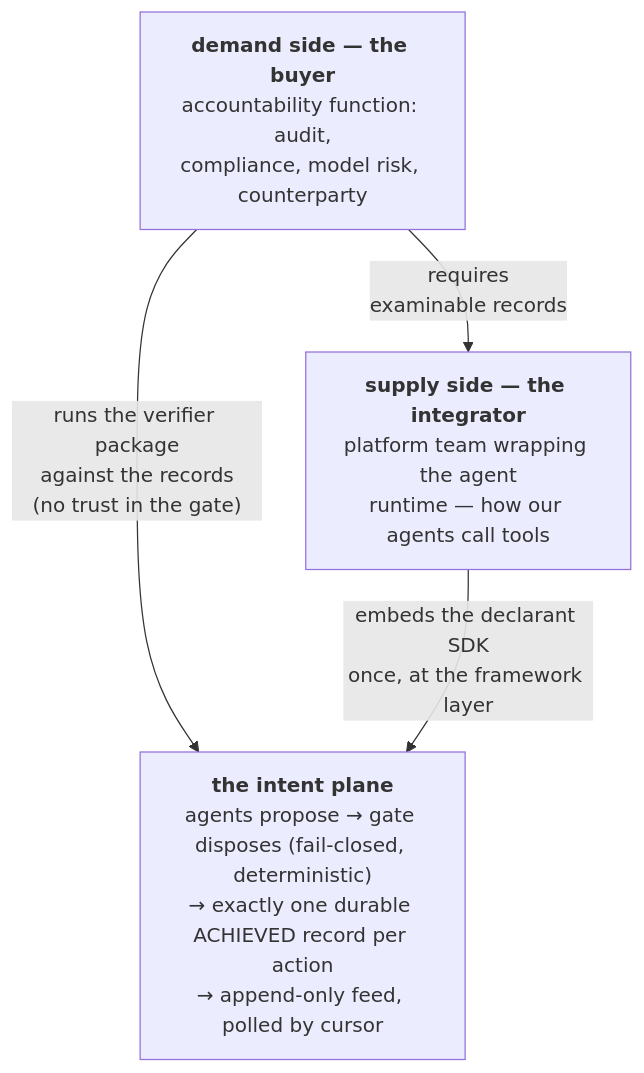
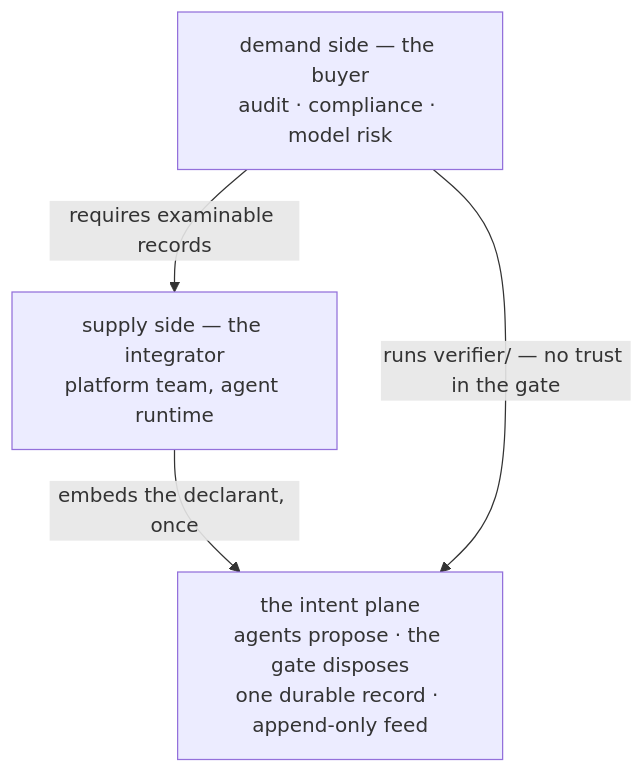
One commit to hossainpazooki/intent-plane changed the first of 3 diagrams in README.md. Above: the diagram before and after it, drawn with Mermaid. The commit also changed other lines of this file, not shown here.

````diff
--- a/README.md
+++ b/README.md
@@ -26,9 +26,9 @@
 ```mermaid
-flowchart TB
-    D["<b>demand side — the buyer</b><br/>accountability function: audit,<br/>compliance, model risk, counterparty"]
-    S["<b>supply side — the integrator</b><br/>platform team wrapping the agent<br/>runtime — how our agents call tools"]
-    P["<b>the intent plane</b><br/>agents propose → gate disposes (fail-closed, deterministic)<br/>→ exactly one durable ACHIEVED record per action<br/>→ append-only feed, polled by cursor"]
-    D -->|"requires<br/>examinable records"| S
-    D -->|"runs the verifier package<br/>against the records<br/>(no trust in the gate)"| P
-    S -->|"embeds the declarant SDK<br/>once, at the framework layer"| P
+flowchart TD
+    D["demand side — the buyer<br/>audit · compliance · model risk"]
+    S["supply side — the integrator<br/>platform team, agent runtime"]
+    P["the intent plane<br/>agents propose · the gate disposes<br/>one durable record · append-only feed"]
+    D -->|requires examinable records| S
+    S -->|embeds the declarant, once| P
+    D -->|runs verifier/ — no trust in the gate| P
 ```
````
